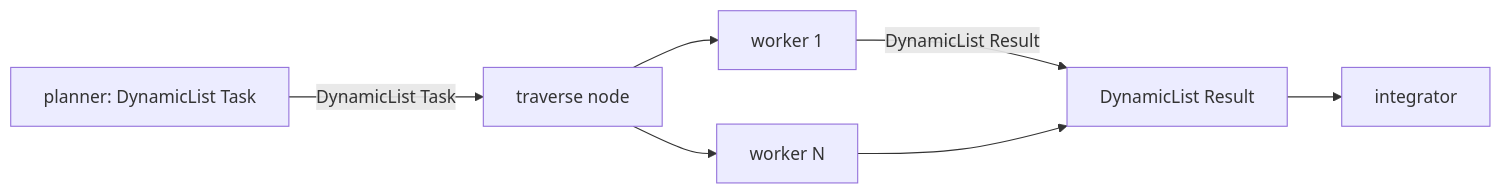
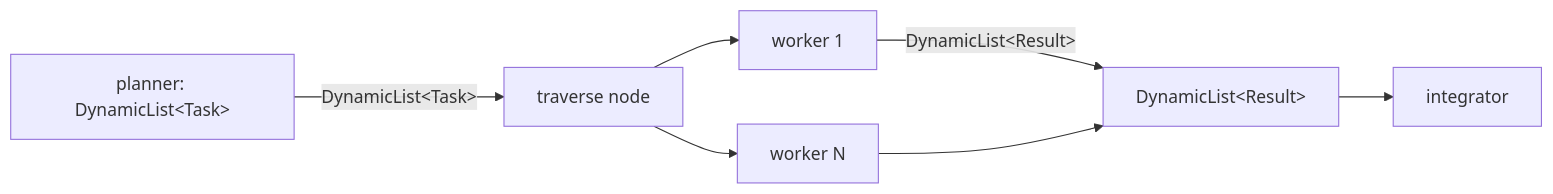
One commit to Demezy/nefor changed the second of 3 diagrams in mag/book/02. nefor/03. Hierarchical Composition.md. Above: the diagram before and after it, drawn with Mermaid. The commit also changed other lines of this file and 72 other files, not shown here.

````diff
--- a/mag/book/02. nefor/03. Hierarchical Composition.md
+++ b/mag/book/02. nefor/03. Hierarchical Composition.md
@@ -61,9 +61,9 @@
 ```mermaid
 flowchart LR
-  planner["planner: DynamicList Task"] -->|"DynamicList Task"| expand["traverse node"]
+  planner["planner: DynamicList&lt;Task&gt;"] -->|"DynamicList&lt;Task&gt;"| expand["traverse node"]
   expand --> worker1["worker 1"]
   expand --> workerN["worker N"]
-  worker1 -->|"DynamicList Result"| context["DynamicList Result"]
+  worker1 -->|"DynamicList&lt;Result&gt;"| context["DynamicList&lt;Result&gt;"]
   workerN --> context
   context --> integrator["integrator"]
 ```
````
